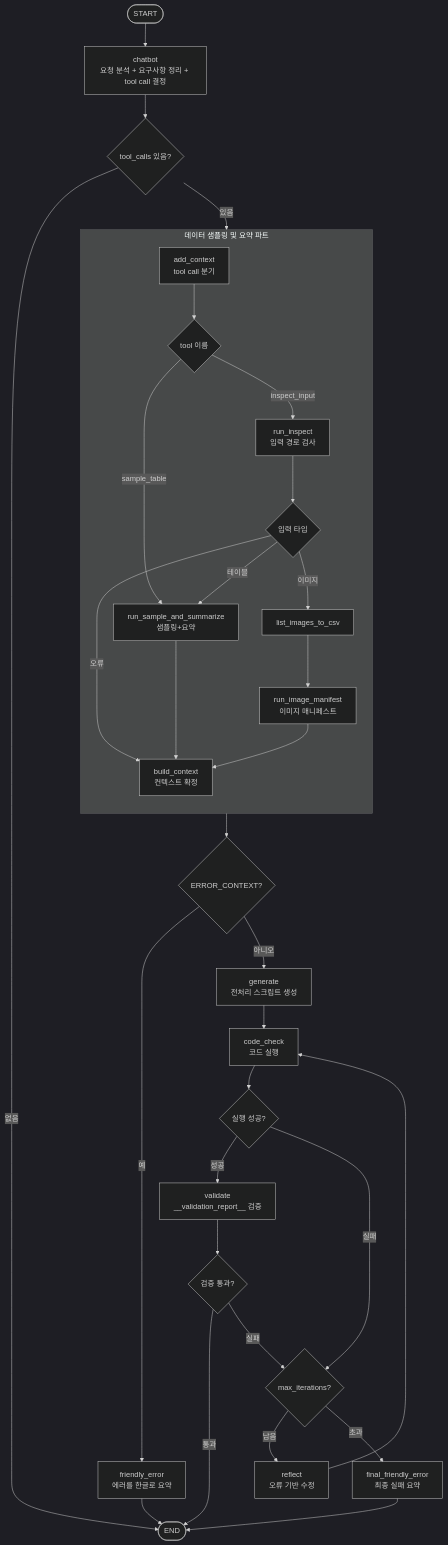
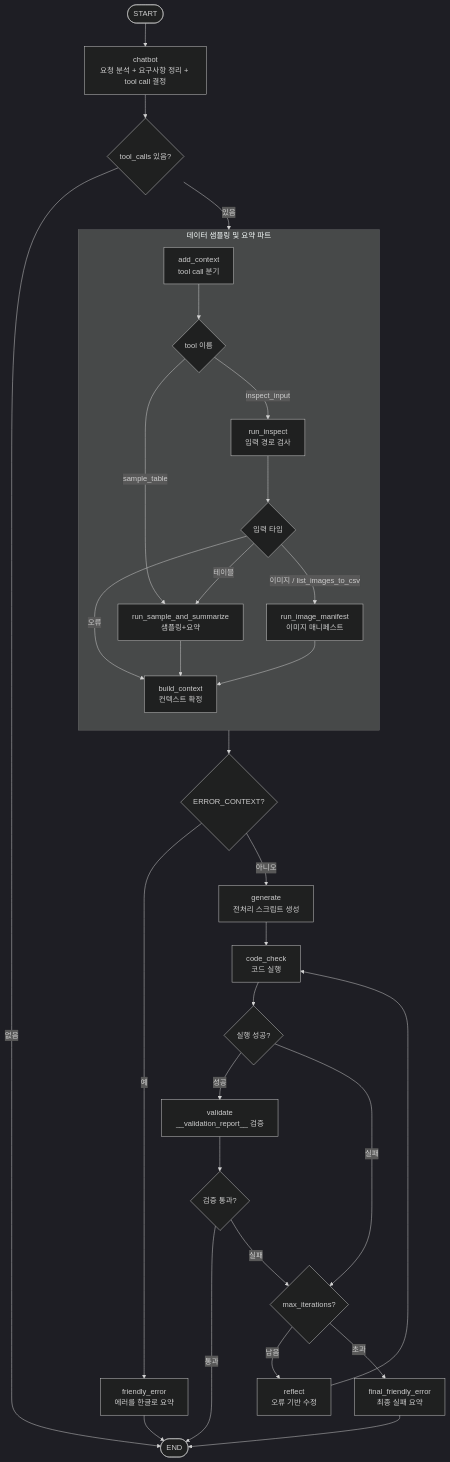
The third of 3 diagrams in README.md (sonsukwoo/Data_preprocessing_auto), drawn with Mermaid (dark theme) before and after one commit.

````diff
--- a/README.md
+++ b/README.md
@@ -136,44 +136,43 @@
 ```mermaid
 flowchart TD
   START([START]) --> C[chatbot<br/>요청 분석 + 요구사항 정리 + tool call 결정]
 
   C --> D0{tool_calls 있음?}
   D0 -->|없음| END([END])
   D0 -->|있음| X[add_context<br/>tool call 분기]
 
   subgraph INPUT["데이터 샘플링 및 요약 파트"]
     direction TB
     X --> D1{tool 이름}
     D1 -->|inspect_input| I[run_inspect<br/>입력 경로 검사]
     D1 -->|sample_table| SAS[run_sample_and_summarize<br/>샘플링+요약]
 
     I --> D2{입력 타입}
-    D2 -->|이미지| LIMG[list_images_to_csv]
-    LIMG --> IMG[run_image_manifest<br/>이미지 매니페스트]
+    D2 -->|이미지 / list_images_to_csv| IMG[run_image_manifest<br/>이미지 매니페스트]
     D2 -->|테이블| SAS
     D2 -->|오류| B[build_context<br/>컨텍스트 확정<br/>]
 
     SAS --> B
     IMG --> B
   end
 
   B --> D4{ERROR_CONTEXT?}
   D4 -->|예| FE[friendly_error<br/>에러를 한글로 요약]
   D4 -->|아니오| G[generate<br/>전처리 스크립트 생성]
 
   G --> E[code_check<br/>코드 실행]
   E --> D5{실행 성공?}
   D5 -->|성공| V[validate<br/>__validation_report__ 검증]
   D5 -->|실패| D{max_iterations?}
 
   V --> D6{검증 통과?}
   D6 -->|통과| END
   D6 -->|실패| D
 
   D -->|남음| RF[reflect<br/>오류 기반 수정]
   D -->|초과| FFE[final_friendly_error<br/>최종 실패 요약]
 
   RF --> E
   FE --> END
   FFE --> END
 ```
````
